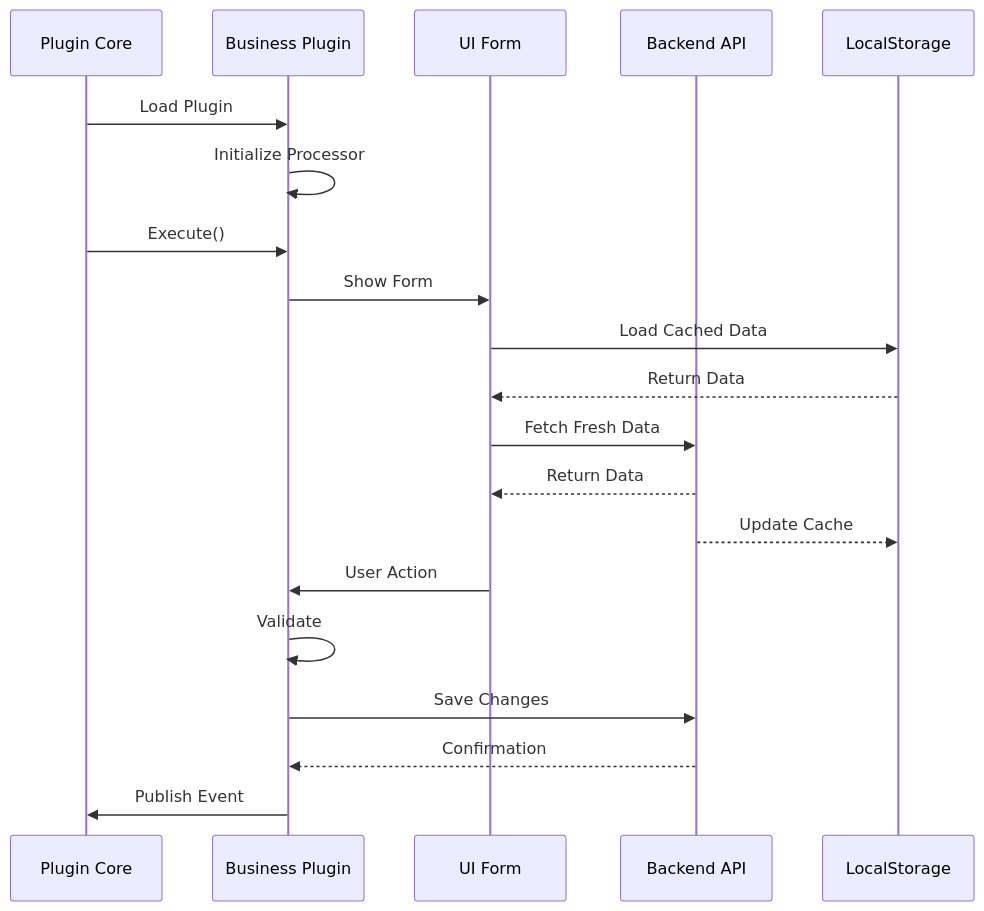
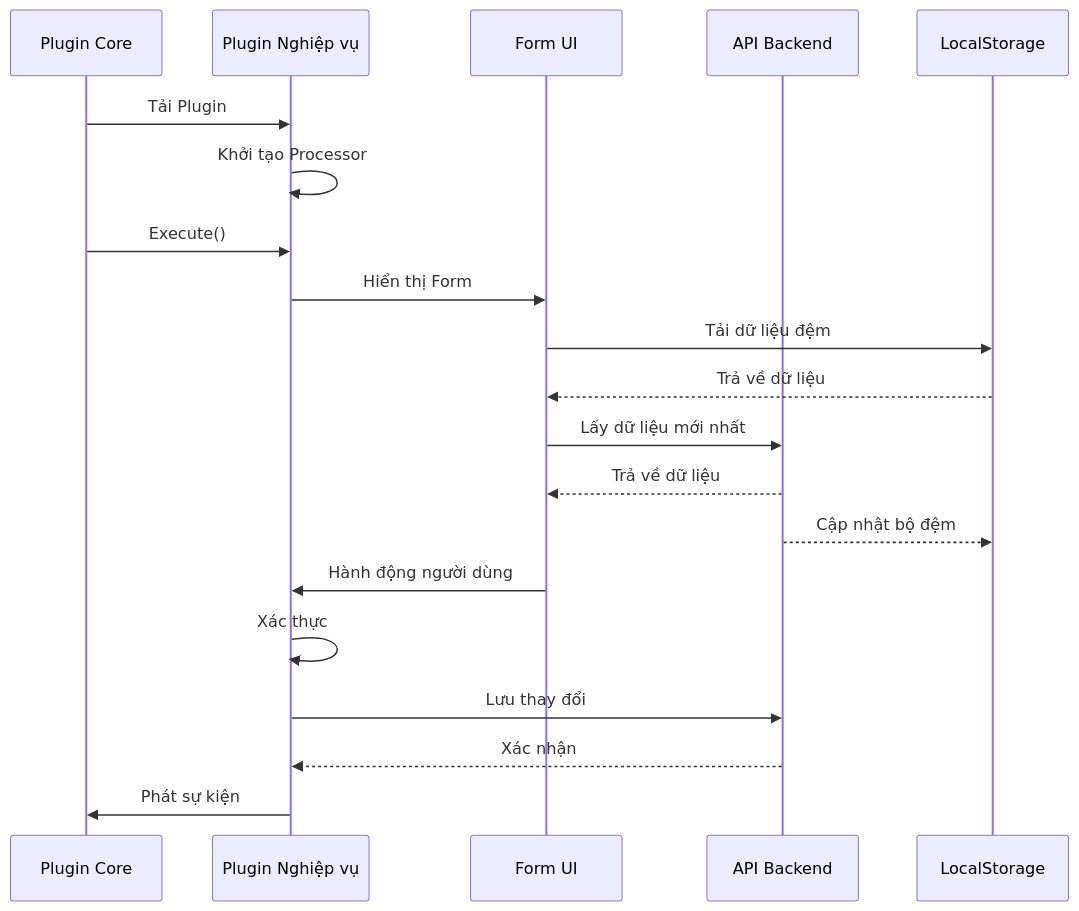
One commit to thangpnb/HIS changed the fifth of 9 diagrams in docs/his-ba-documentation/02-modules/his-desktop/business-plugins.md. Above: the diagram before and after it, drawn with Mermaid. The commit also changed other lines of this file and 30 other files, not shown here.

Commit message:
Refactor architecture docs and update translations

````diff
--- a/docs/his-ba-documentation/02-modules/his-desktop/business-plugins.md
+++ b/docs/his-ba-documentation/02-modules/his-desktop/business-plugins.md
@@ -494,26 +511,26 @@
 ```mermaid
 sequenceDiagram
     participant Core as Plugin Core
-    participant Plugin as Business Plugin
-    participant Form as UI Form
-    participant API as Backend API
+    participant Plugin as Plugin Nghiệp vụ
+    participant Form as Form UI
+    participant API as API Backend
     participant Storage as LocalStorage
     
-    Core->>Plugin: Load Plugin
-    Plugin->>Plugin: Initialize Processor
+    Core->>Plugin: Tải Plugin
+    Plugin->>Plugin: Khởi tạo Processor
     Core->>Plugin: Execute()
-    Plugin->>Form: Show Form
+    Plugin->>Form: Hiển thị Form
     
-    Form->>Storage: Load Cached Data
-    Storage-->>Form: Return Data
+    Form->>Storage: Tải dữ liệu đệm
+    Storage-->>Form: Trả về dữ liệu
     
-    Form->>API: Fetch Fresh Data
-    API-->>Form: Return Data
-    API-->>Storage: Update Cache
+    Form->>API: Lấy dữ liệu mới nhất
+    API-->>Form: Trả về dữ liệu
+    API-->>Storage: Cập nhật bộ đệm
     
-    Form->>Plugin: User Action
-    Plugin->>Plugin: Validate
-    Plugin->>API: Save Changes
-    API-->>Plugin: Confirmation
-    Plugin->>Core: Publish Event
+    Form->>Plugin: Hành động người dùng
+    Plugin->>Plugin: Xác thực
+    Plugin->>API: Lưu thay đổi
+    API-->>Plugin: Xác nhận
+    Plugin->>Core: Phát sự kiện
 ```
````
